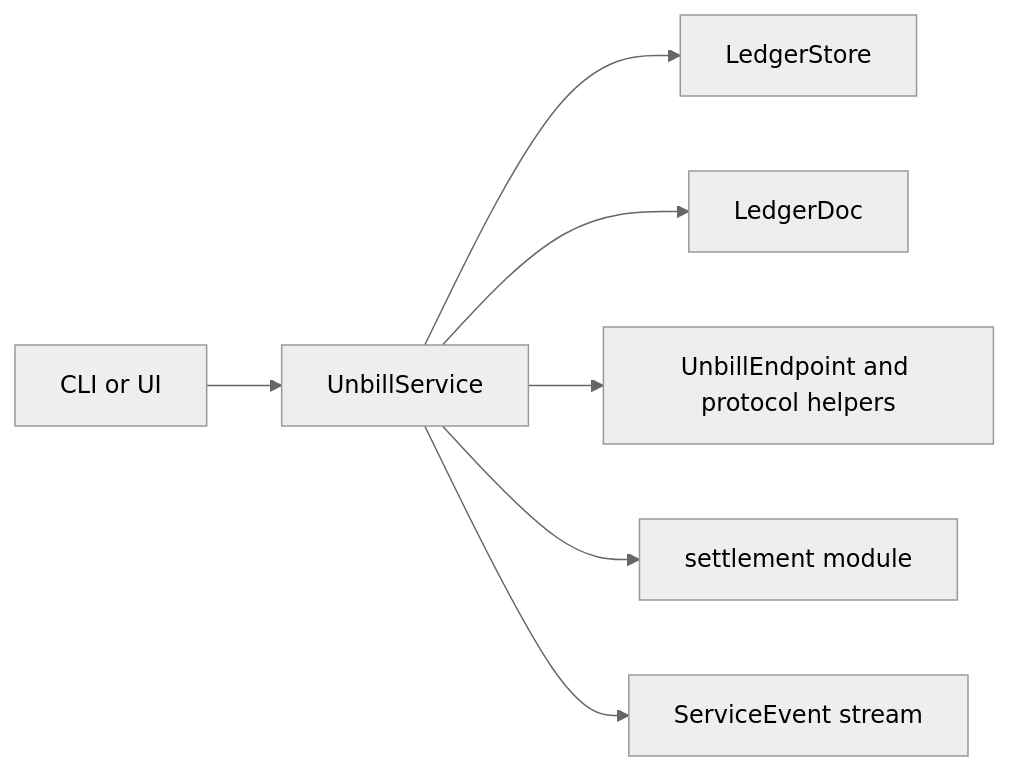
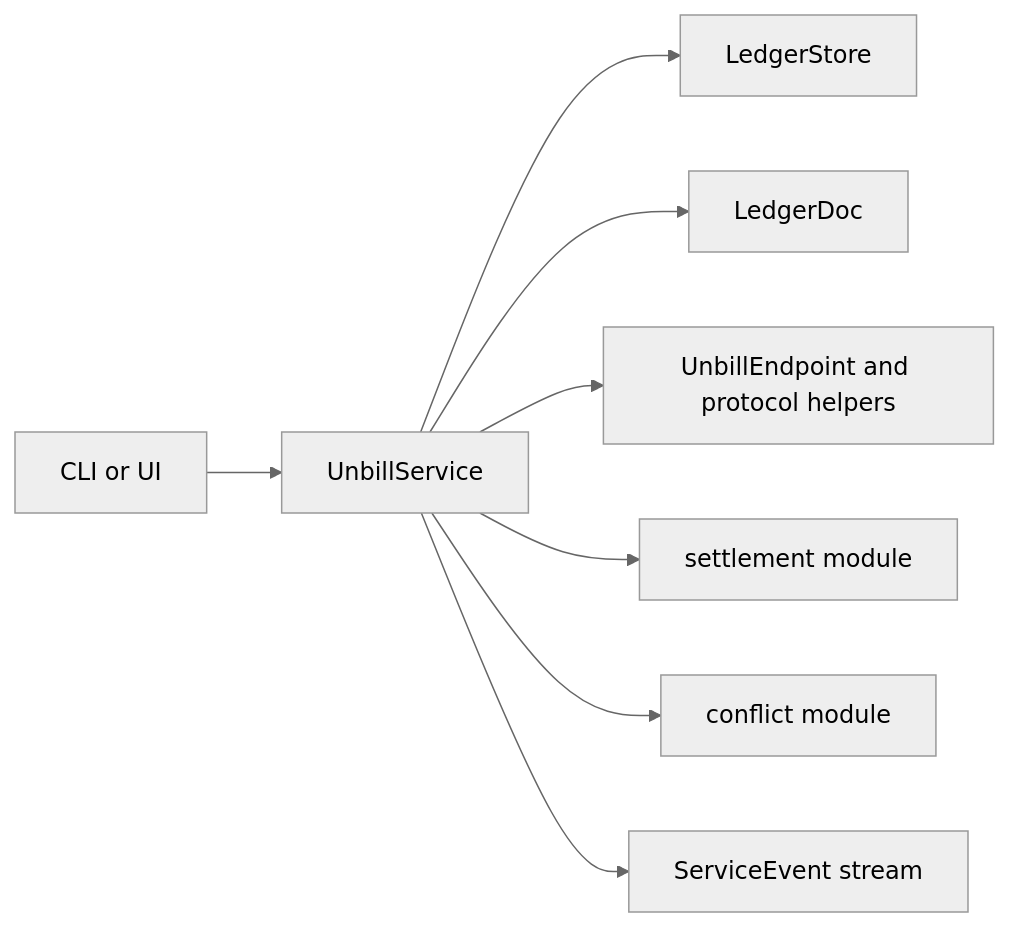
The diagram in crates/unbill-core/src/service/DESIGN.md (Gorgeous-Patrick/unbill), drawn with Mermaid (neutral theme) before and after one commit. The commit also changed other lines of this file and 5 other files, not shown here.

````diff
--- a/crates/unbill-core/src/service/DESIGN.md
+++ b/crates/unbill-core/src/service/DESIGN.md
@@ -7,9 +7,10 @@
 ```mermaid
 flowchart LR
     Shell["CLI or UI"] --> Service["UnbillService"]
     Service --> Store["LedgerStore"]
     Service --> Doc["LedgerDoc"]
     Service --> Net["UnbillEndpoint and protocol helpers"]
     Service --> Settlement["settlement module"]
+    Service --> Conflict["conflict module"]
     Service --> Events["ServiceEvent stream"]
 ```
````
